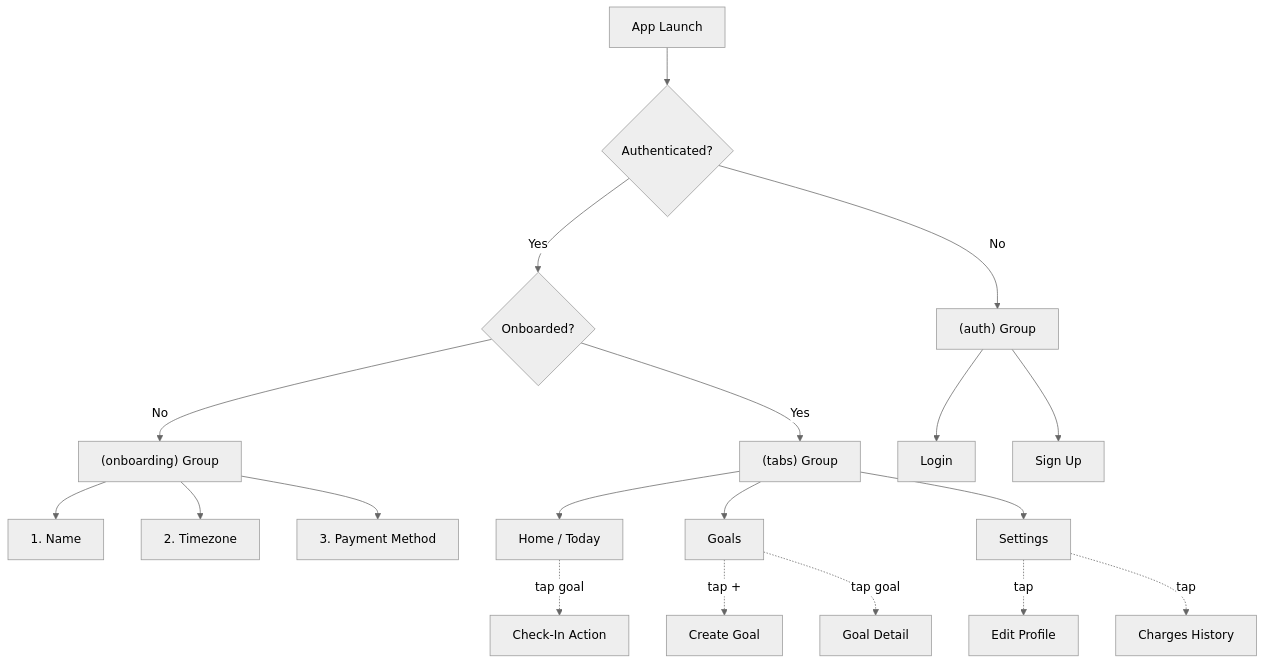
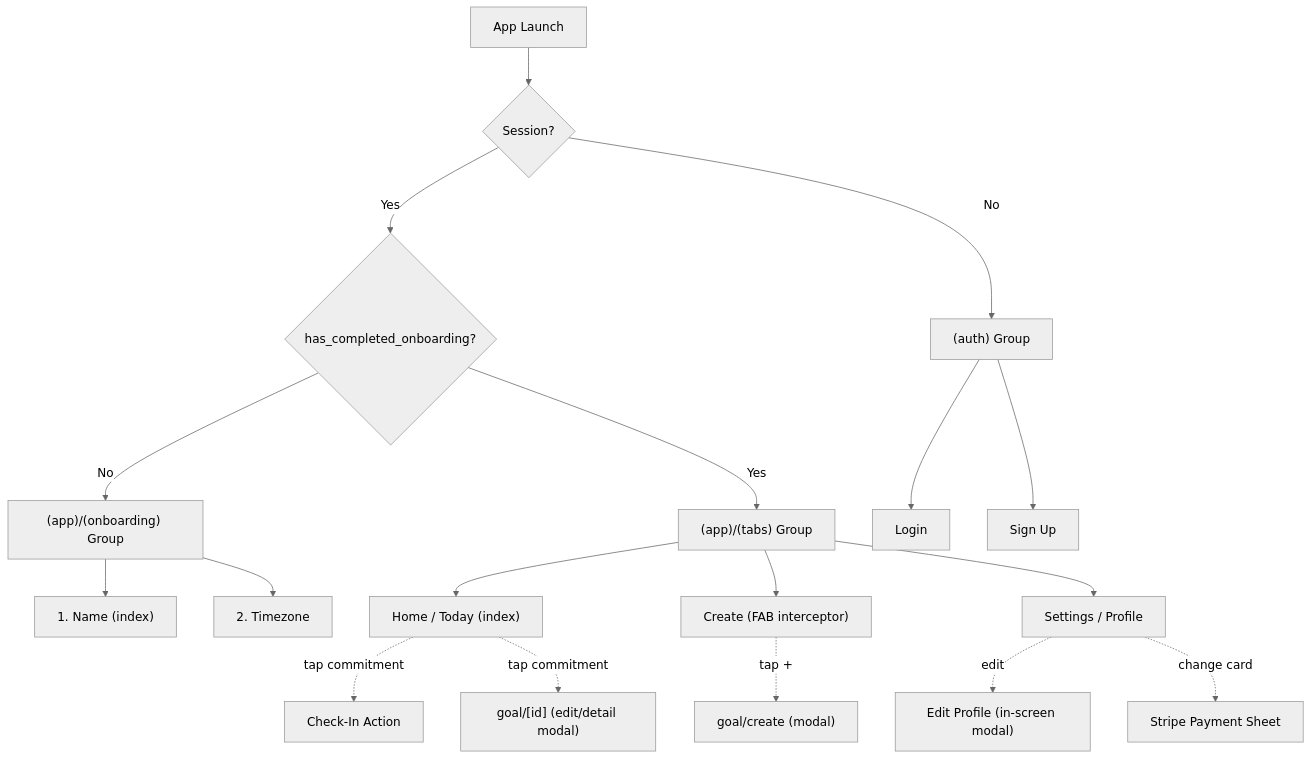
The diagram in app_structure.md (eltonSalanic/momentum), drawn with Mermaid (neutral theme) before and after one commit. The commit also changed other lines of this file and 2 other files, not shown here.

First line of the commit message:
docs/document single-card payment policy and reconcile app structure

````diff
--- a/app_structure.md
+++ b/app_structure.md
@@ -9,25 +10,24 @@
 ```mermaid
 flowchart TD
-    A["App Launch"] --> B{"Authenticated?"}
+    A["App Launch"] --> B{"Session?"}
     B -- No --> C["(auth) Group"]
-    B -- Yes --> D{"Onboarded?"}
-    D -- No --> E["(onboarding) Group"]
-    D -- Yes --> F["(tabs) Group"]
+    B -- Yes --> D{"has_completed_onboarding?"}
+    D -- No --> E["(app)/(onboarding) Group"]
+    D -- Yes --> F["(app)/(tabs) Group"]
 
     C --> C1["Login"]
     C --> C2["Sign Up"]
 
-    E --> E1["1. Name"]
+    E --> E1["1. Name (index)"]
     E --> E2["2. Timezone"]
-    E --> E3["3. Payment Method"]
 
-    F --> F1["Home / Today"]
-    F --> F2["Goals"]
-    F --> F3["Settings"]
+    F --> F1["Home / Today (index)"]
+    F --> F2["Create (FAB interceptor)"]
+    F --> F3["Settings / Profile"]
 
-    F1 -. "tap goal" .-> G["Check-In Action"]
-    F2 -. "tap +" .-> H["Create Goal"]
-    F2 -. "tap goal" .-> I["Goal Detail"]
-    F3 -. "tap" .-> J["Edit Profile"]
-    F3 -. "tap" .-> K["Charges History"]
+    F1 -. "tap commitment" .-> G["Check-In Action"]
+    F2 -. "tap +" .-> H["goal/create (modal)"]
+    F1 -. "tap commitment" .-> I["goal/[id] (edit/detail modal)"]
+    F3 -. "edit" .-> J["Edit Profile (in-screen modal)"]
+    F3 -. "change card" .-> K["Stripe Payment Sheet"]
 ```
````
